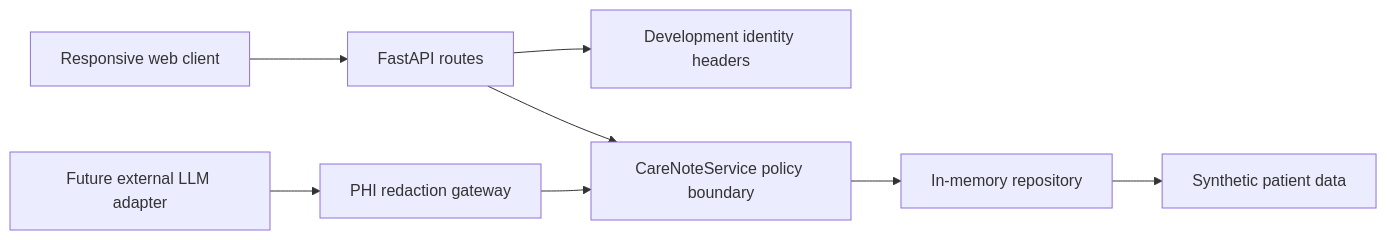
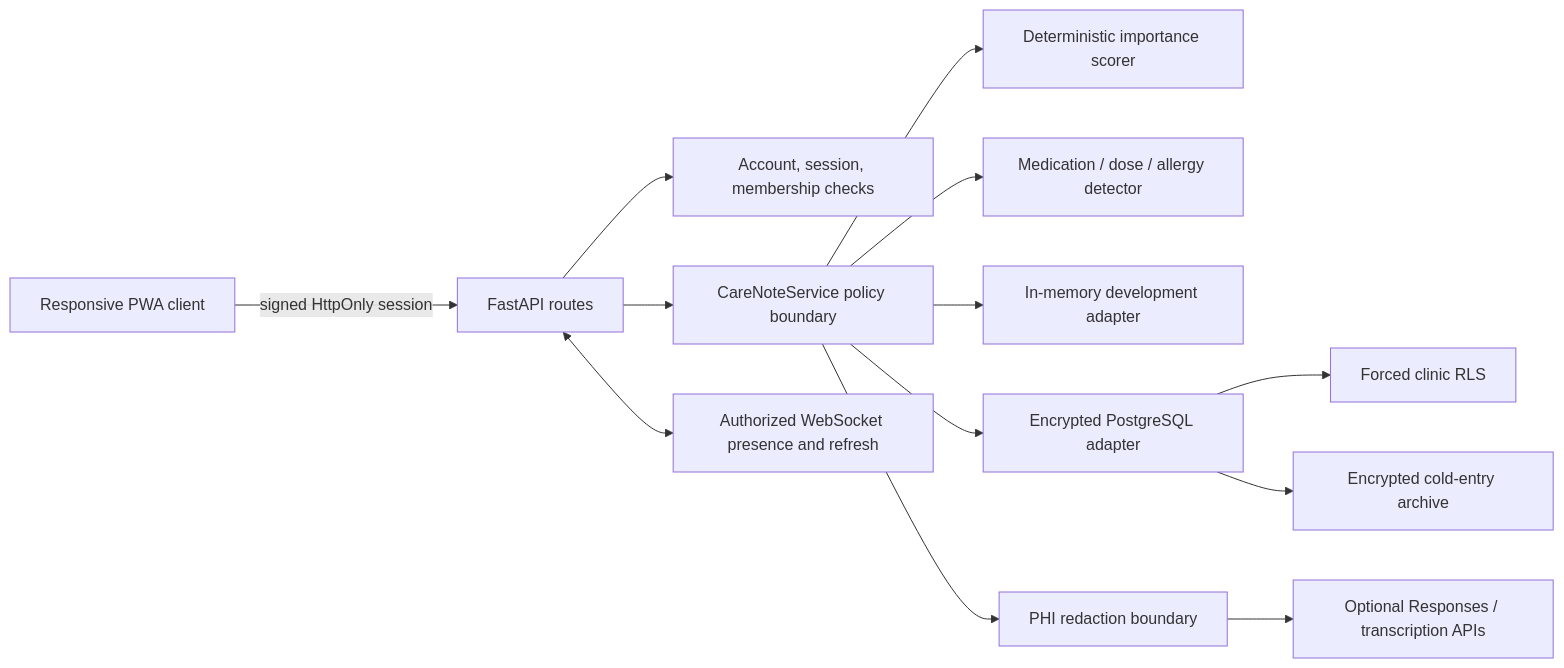
Before and after one commit to hengbolei/Nightingale-72-task: the first of 2 diagrams in docs/TECHNICAL_BRIEF.md, drawn with Mermaid. The commit also changed other lines of this file and 46 other files, not shown here.

````diff
--- a/docs/TECHNICAL_BRIEF.md
+++ b/docs/TECHNICAL_BRIEF.md
@@ -12,10 +20,15 @@
 ```mermaid
 flowchart LR
-    Browser[Responsive web client] --> API[FastAPI routes]
-    API --> Identity[Development identity headers]
+    Browser[Responsive PWA client] -->|signed HttpOnly session| API[FastAPI routes]
+    API --> Identity[Account, session, membership checks]
     API --> Service[CareNoteService policy boundary]
-    Service --> Repo[In-memory repository]
-    Repo --> Data[Synthetic patient data]
-    FutureLLM[Future external LLM adapter] --> Redaction[PHI redaction gateway]
-    Redaction --> Service
+    Service --> Rank[Deterministic importance scorer]
+    Service --> Conflict[Medication / dose / allergy detector]
+    Service --> Memory[In-memory development adapter]
+    Service --> PG[Encrypted PostgreSQL adapter]
+    PG --> RLS[Forced clinic RLS]
+    PG --> Cold[Encrypted cold-entry archive]
+    Service --> Redaction[PHI redaction boundary]
+    Redaction --> OpenAI[Optional Responses / transcription APIs]
+    API <--> WS[Authorized WebSocket presence and refresh]
 ```
````
